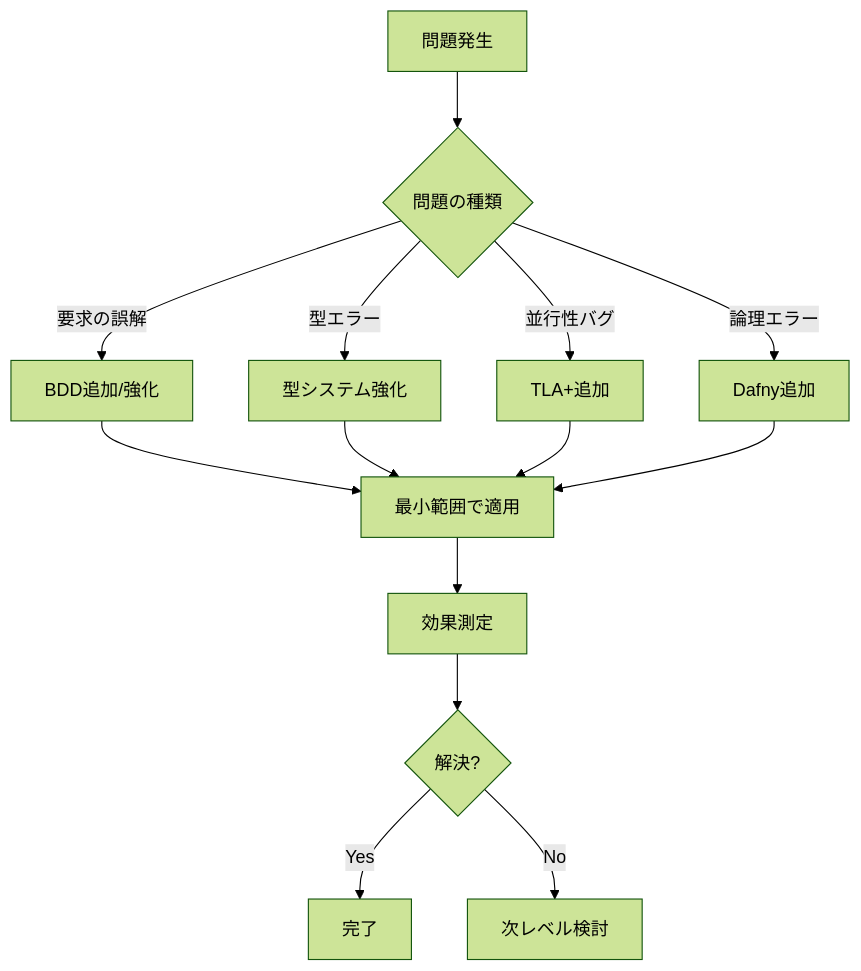
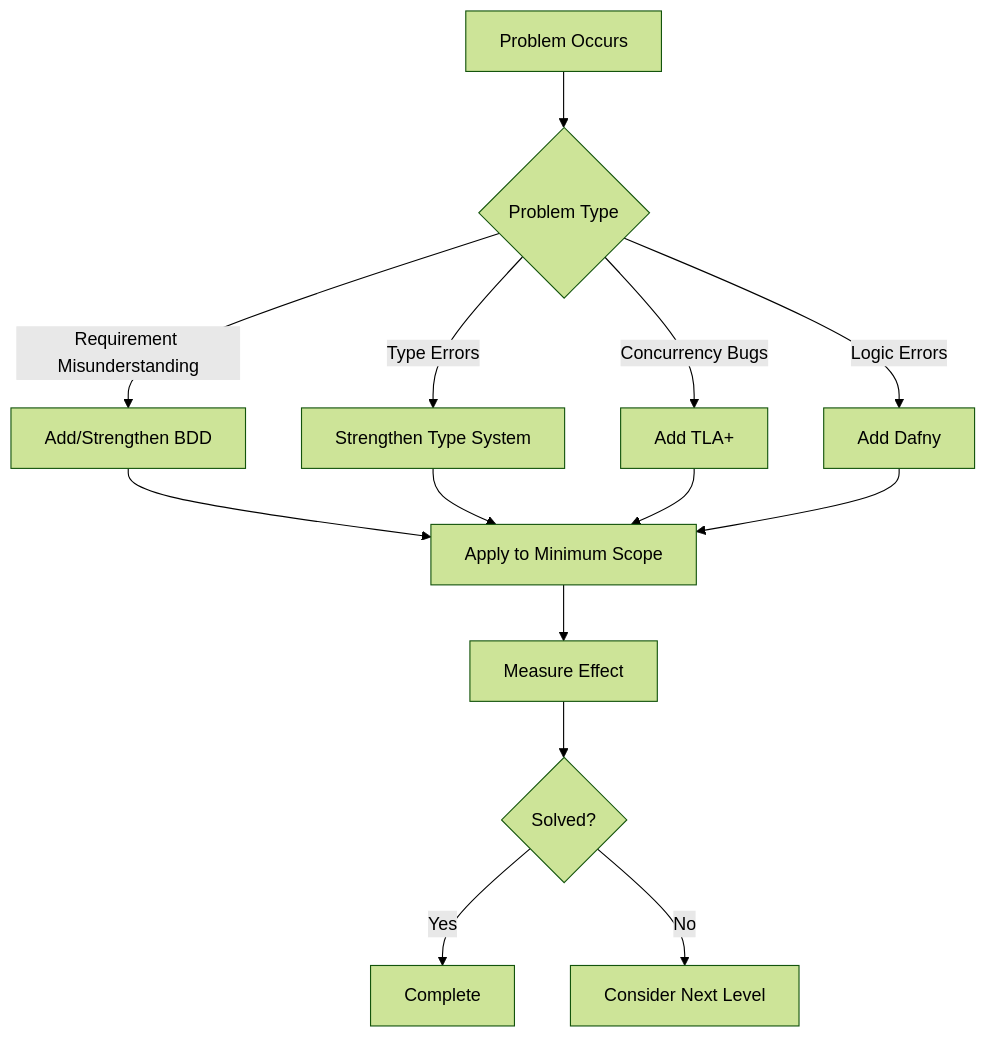
The diagram in docs/adaptive-formal-methods-framework.md (itdojp/RigorFlow), drawn with Mermaid (forest theme) before and after one commit. The commit also changed other lines of this file and 15 other files, not shown here.

````diff
--- a/docs/adaptive-formal-methods-framework.md
+++ b/docs/adaptive-formal-methods-framework.md
@@ -192,19 +192,19 @@
 ```mermaid
 graph TD
-    A[問題発生] --> B{問題の種類}
+    A[Problem Occurs] --> B{Problem Type}
     
-    B -->|要求の誤解| C[BDD追加/強化]
-    B -->|型エラー| D[型システム強化]
-    B -->|並行性バグ| E[TLA+追加]
-    B -->|論理エラー| F[Dafny追加]
+    B -->|Requirement Misunderstanding| C[Add/Strengthen BDD]
+    B -->|Type Errors| D[Strengthen Type System]
+    B -->|Concurrency Bugs| E[Add TLA+]
+    B -->|Logic Errors| F[Add Dafny]
     
-    C --> G[最小範囲で適用]
+    C --> G[Apply to Minimum Scope]
     D --> G
     E --> G
     F --> G
     
-    G --> H[効果測定]
-    H --> I{解決?}
-    I -->|Yes| J[完了]
-    I -->|No| K[次レベル検討]
+    G --> H[Measure Effect]
+    H --> I{Solved?}
+    I -->|Yes| J[Complete]
+    I -->|No| K[Consider Next Level]
 ```
````
